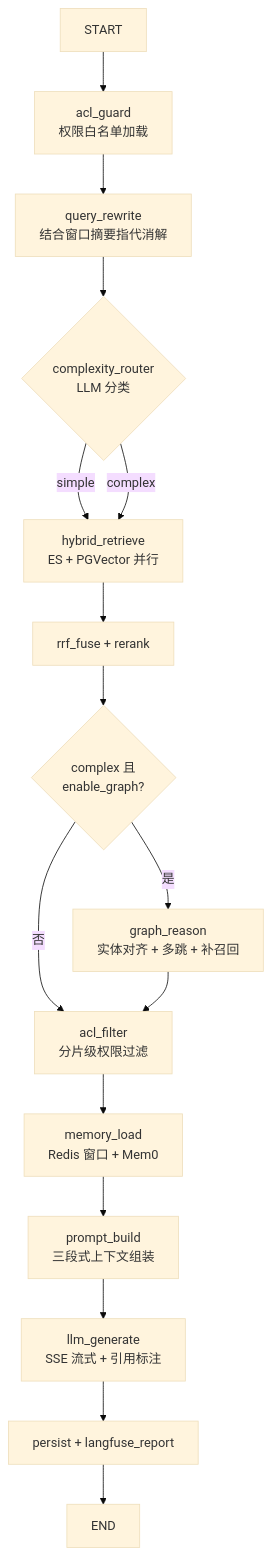
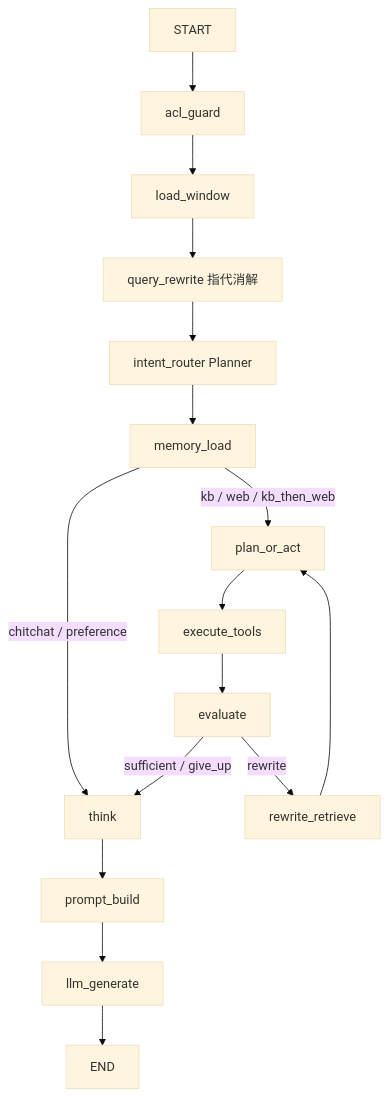
The first of 2 diagrams in docs/05-rag-pipeline.md (Fa-haxiki/enterprise-knowlege-hub), drawn with Mermaid (base theme) before and after one commit. The commit also changed other lines of this file and 42 other files, not shown here.

````diff
--- a/docs/05-rag-pipeline.md
+++ b/docs/05-rag-pipeline.md
@@ -42,18 +25,18 @@
 ```mermaid
 flowchart TB
-    START --> aclNode["acl_guard<br/>权限白名单加载"]
-    aclNode --> rewriteNode["query_rewrite<br/>结合窗口摘要指代消解"]
-    rewriteNode --> routerNode{"complexity_router<br/>LLM 分类"}
-    routerNode -->|simple| retrieveNode["hybrid_retrieve<br/>ES + PGVector 并行"]
-    routerNode -->|complex| retrieveNode
-    retrieveNode --> fuseNode["rrf_fuse + rerank"]
-    fuseNode --> graphCheck{"complex 且<br/>enable_graph?"}
-    graphCheck -->|是| graphNode["graph_reason<br/>实体对齐 + 多跳 + 补召回"]
-    graphCheck -->|否| aclFilterNode
-    graphNode --> aclFilterNode["acl_filter<br/>分片级权限过滤"]
-    aclFilterNode --> memoryNode["memory_load<br/>Redis 窗口 + Mem0"]
-    memoryNode --> promptNode["prompt_build<br/>三段式上下文组装"]
-    promptNode --> genNode["llm_generate<br/>SSE 流式 + 引用标注"]
-    genNode --> persistNode["persist + langfuse_report"]
-    persistNode --> END
+    START --> aclNode["acl_guard"]
+    aclNode --> windowNode["load_window"]
+    windowNode --> rewriteNode["query_rewrite 指代消解"]
+    rewriteNode --> intentNode["intent_router Planner"]
+    intentNode --> memoryNode["memory_load"]
+    memoryNode -->|chitchat / preference| thinkNode
+    memoryNode -->|kb / web / kb_then_web| planNode["plan_or_act"]
+    planNode --> toolsNode["execute_tools"]
+    toolsNode --> evalNode["evaluate"]
+    evalNode -->|rewrite| rewrite2["rewrite_retrieve"]
+    rewrite2 --> planNode
+    evalNode -->|sufficient / give_up| thinkNode["think"]
+    thinkNode --> promptNode["prompt_build"]
+    promptNode --> genNode["llm_generate"]
+    genNode --> END
 ```
````
